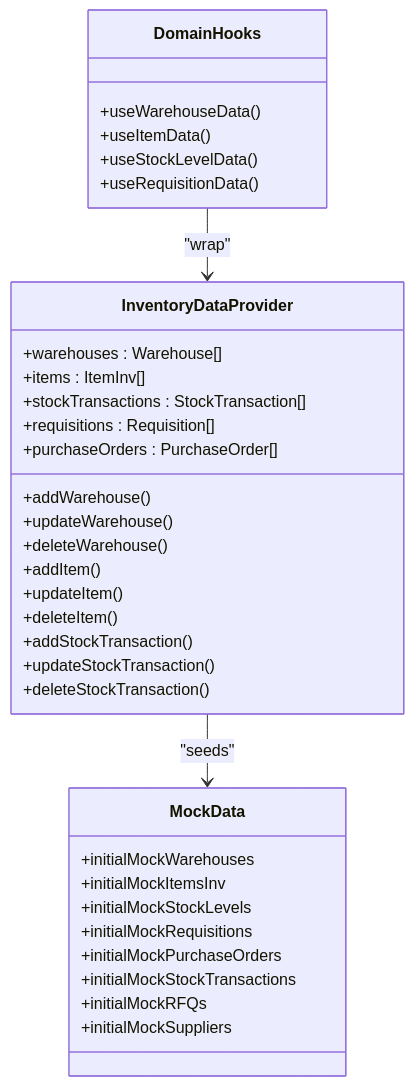
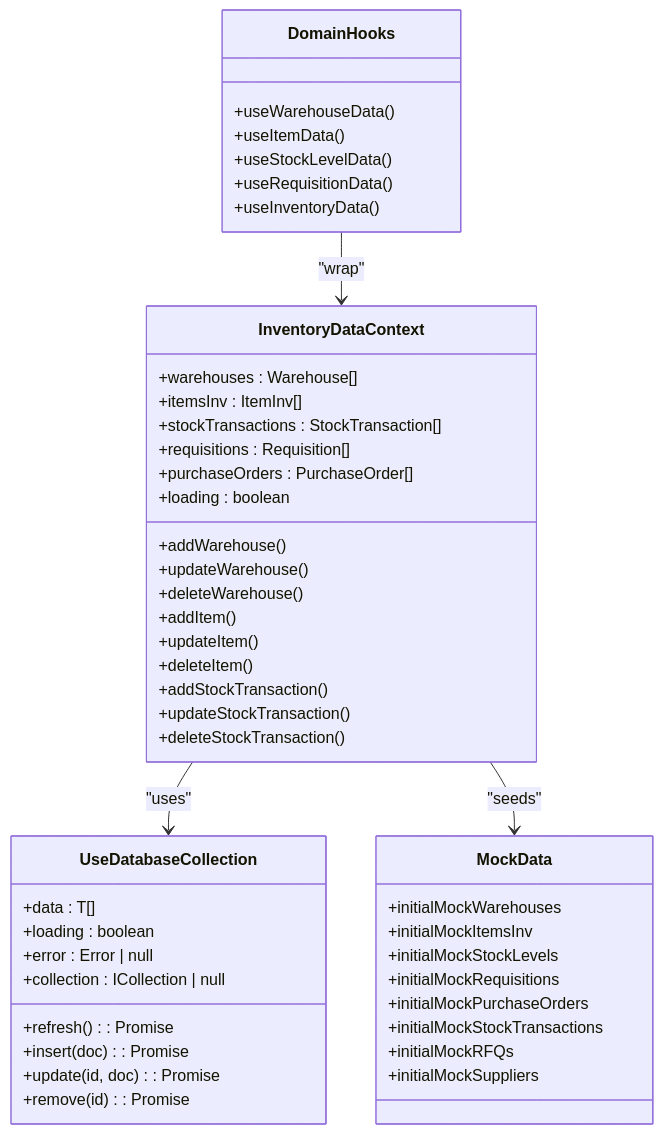
One commit to geniusdynamics/schoolpilot changed the eighth of 9 diagrams in .qoder/repowiki/en/content/Modules System/Inventory Module.md. Above: the diagram before and after it, drawn with Mermaid. The commit also changed other lines of this file and 16 other files, not shown here.

````diff
--- a/.qoder/repowiki/en/content/Modules System/Inventory Module.md
+++ b/.qoder/repowiki/en/content/Modules System/Inventory Module.md
@@ -555,37 +687,50 @@
 ```mermaid
 classDiagram
-class InventoryDataProvider {
+class InventoryDataContext {
 +warehouses : Warehouse[]
-+items : ItemInv[]
++itemsInv : ItemInv[]
 +stockTransactions : StockTransaction[]
 +requisitions : Requisition[]
 +purchaseOrders : PurchaseOrder[]
++loading : boolean
 +addWarehouse()
 +updateWarehouse()
 +deleteWarehouse()
 +addItem()
 +updateItem()
 +deleteItem()
 +addStockTransaction()
 +updateStockTransaction()
 +deleteStockTransaction()
 }
+class UseDatabaseCollection {
++data : T[]
++loading : boolean
++error : Error | null
++refresh() : Promise<void>
++insert(doc) : Promise<T | null>
++update(id, doc) : Promise<T | null>
++remove(id) : Promise<boolean>
++collection : ICollection<T> | null
+}
 class DomainHooks {
 +useWarehouseData()
 +useItemData()
 +useStockLevelData()
 +useRequisitionData()
++useInventoryData()
 }
 class MockData {
 +initialMockWarehouses
 +initialMockItemsInv
 +initialMockStockLevels
 +initialMockRequisitions
 +initialMockPurchaseOrders
 +initialMockStockTransactions
 +initialMockRFQs
 +initialMockSuppliers
 }
-InventoryDataProvider --> MockData : "seeds"
-DomainHooks --> InventoryDataProvider : "wrap"
+InventoryDataContext --> UseDatabaseCollection : "uses"
+InventoryDataContext --> MockData : "seeds"
+DomainHooks --> InventoryDataContext : "wrap"
 ```
````
